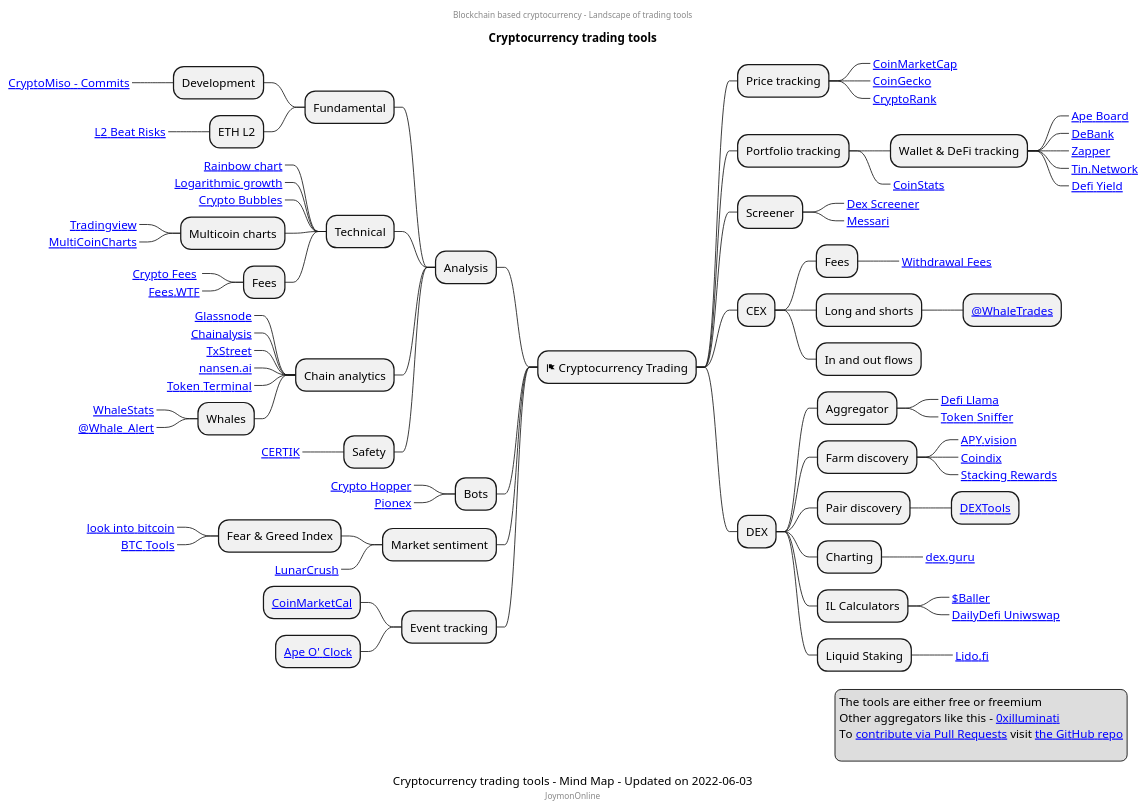
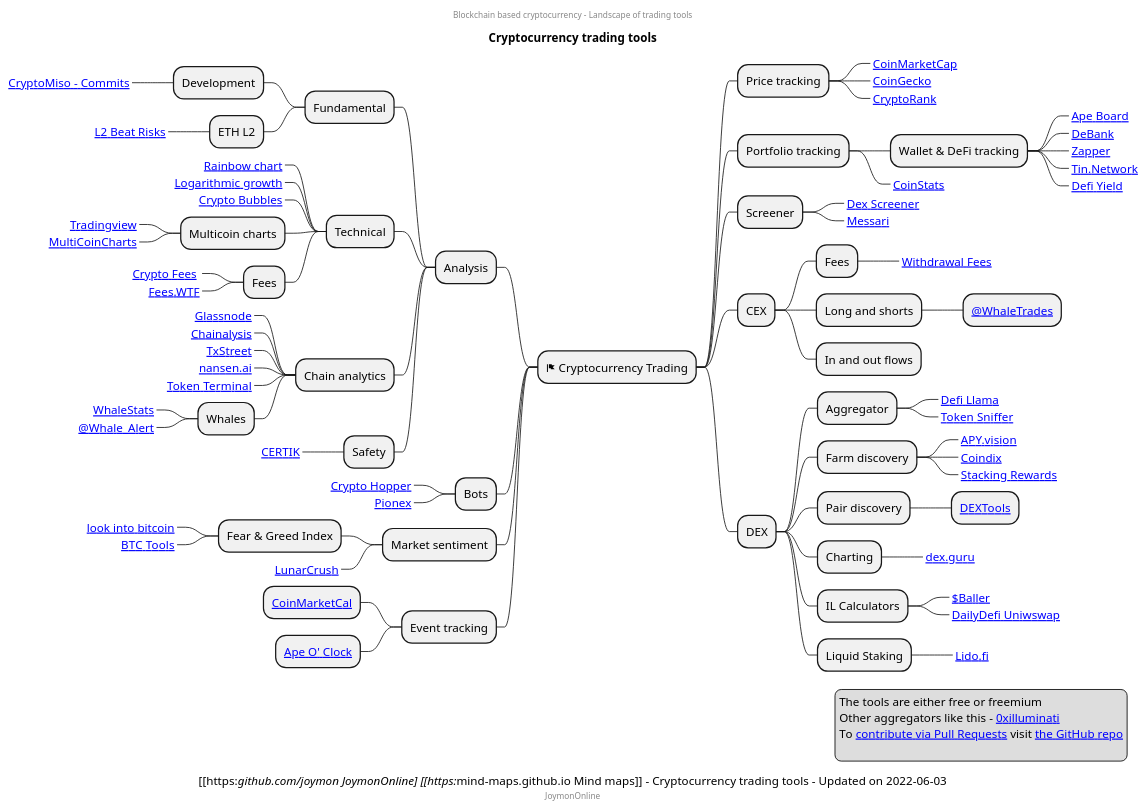
Before and after one commit to mind-maps/blockchain: the diagram in cryptocurrency/trading-tools.puml, drawn with PlantUML.

```diff
--- a/cryptocurrency/trading-tools.puml
+++ b/cryptocurrency/trading-tools.puml
@@ -1,103 +1,103 @@
 @startmindmap
 center header
 Blockchain based cryptocurrency - Landscape of trading tools
 endheader
 title Cryptocurrency trading tools
 center footer JoymonOnline
 * <&flag> Cryptocurrency Trading
 ** Price tracking
 ***_ [[https://coinmarketcap.com/ CoinMarketCap]]
 ***_ [[https://www.coingecko.com/ CoinGecko]]
 ***_ [[https://cryptorank.io/trending CryptoRank]]
 
 ** Portfolio tracking
 *** Wallet & DeFi tracking
 ****_ [[https://apeboard.finance Ape Board]]
 ****_ [[https://debank.com/ DeBank]]
 ****_ [[https://zapper.fi/ Zapper]]
 ****_ [[https://tin.network/ Tin.Network]]
 ****_ [[https://defiyield.app/dashboard Defi Yield]]
 ***_ [[https://coinstats.app CoinStats]]
 /' ** Visualizers, Charting
 ***_ [[https://l2beat.com/ L2 Beat]]
 '/
 ** Screener
 ***_ [[https://dexscreener.com Dex Screener]]
 ***_ [[https://messari.io/screener Messari]]
 ** CEX
 *** Fees
 ****_ [[https://withdrawalfees.com/ Withdrawal Fees]]
 *** Long and shorts
 **** [[https://twitter.com/WhaleTrades @WhaleTrades]]
 *** In and out flows
 ** DEX
 *** Aggregator
 ****_ [[https://defillama.com/ Defi Llama]]
 ****_ [[https://tokensniffer.com/ Token Sniffer]]
 *** Farm discovery
 ****_ [[https://app.apy.vision APY.vision]]
 ****_ [[https://coindix.com/ Coindix]]
 ****_ [[https://stakingrewards.com Stacking Rewards]]
 *** Pair discovery
 **** [[https://dextools.io DEXTools]]
 *** Charting
 ****_ [[ https://dex.guru/ dex.guru]]
 *** IL Calculators
 ****_ [[https://baller.netlify.app/ $Baller]]
 ****_ [[https://dailydefi.org/tools/impermanent-loss-calculator/ DailyDefi Uniwswap]]
 *** Liquid Staking
 ****_ [[https://lido.fi/ Lido.fi]]
 Left Side
 
 ** Analysis
 ***  Fundamental
 **** Development
 *****_ [[https://www.cryptomiso.com/months_3.html CryptoMiso - Commits]]
 **** ETH L2
 *****_ [[https://l2beat.com/?view=risk L2 Beat Risks]]
 *** Technical
 ****_ [[https://www.blockchaincenter.net/en/bitcoin-rainbow-chart/ Rainbow chart]]
 ****_ [[https://www.lookintobitcoin.com/charts/bitcoin-logarithmic-growth-curve/ Logarithmic growth]]
 ****_ [[https://cryptobubbles.net/ Crypto Bubbles]]
 **** Multicoin charts
 *****_ [[https://www.tradingview.com/ Tradingview]]
 *****_ [[https://www.multicoincharts.com/ MultiCoinCharts]]
 **** Fees
 *****_ [[https://cryptofees.info/ Crypto Fees ]]
 *****_ [[https://fees.wtf/#/ Fees.WTF]]
 *** Chain analytics
 ****_ [[https://studio.glassnode.com Glassnode]]
 ****_ [[https://markets.chainalysis.com Chainalysis]]
 ****_ [[https://txstreet.com/ TxStreet]]
 ****_ [[https://www.nansen.ai/ nansen.ai]]
 ****_ [[https://tokenterminal.com/ Token Terminal]]
 **** Whales
 *****_ [[https://www.whalestats.com/analysis-of-the-top-100-eth-wallets WhaleStats]]
 *****_ [[https://twitter.com/whale_alert @Whale_Alert]]
 *** Safety
 ****_ [[https://www.certik.com/ CERTIK]]
 /' ** APIs
 *** Chain
 ****_ [[https://nownodes.io/pricing NowNodes]]
 '/
 ** Bots
 ***_ [[https://www.cryptohopper.com/ Crypto Hopper]]
 ***_ [[https://www.pionex.com/ Pionex]]
 ** Market sentiment
 *** Fear & Greed Index
 ****_ [[https://www.lookintobitcoin.com/charts/bitcoin-fear-and-greed-index/ look into bitcoin]]
 ****_ [[https://btctools.io/stats/crypto-fear-and-greed-index BTC Tools]]
 ***_ [[https://lunarcrush.com/markets LunarCrush]]
 ** Event tracking
 *** [[https://coinmarketcal.com CoinMarketCal]]
 *** [[https://apeoclock.com Ape O' Clock]]
 
 legend right
 The tools are either free or freemium
 Other aggregators like this - [[https://0xilluminati.com/1f3a72793fc64eaca86f19a655610d94 0xilluminati]]
 To [[https://docs.github.com/en/get-started/quickstart/contributing-to-projects contribute via Pull Requests]] visit [[https://github.com/mind-maps/blockchain the GitHub repo]]
 
 endlegend
-caption Cryptocurrency trading tools - Mind Map - Updated on 2022-06-03
+caption [[https://github.com/joymon JoymonOnline] [[https://mind-maps.github.io Mind maps]] - Cryptocurrency trading tools - Updated on 2022-06-03
 
 @endmindmap
```
